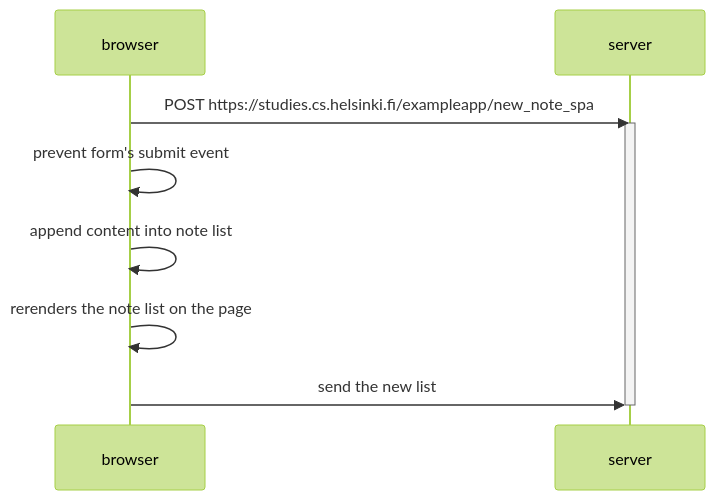
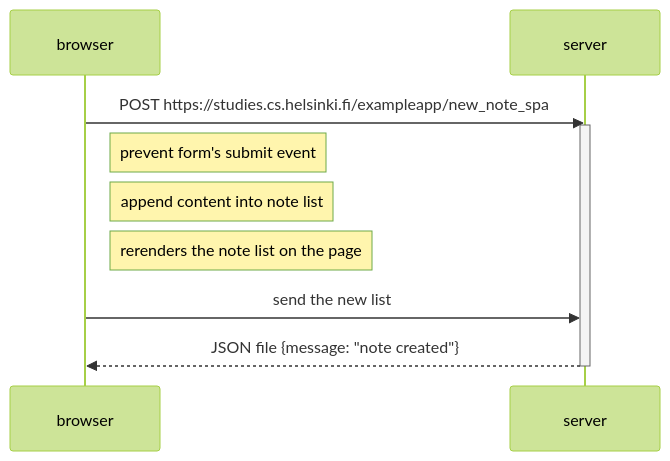
The diagram in 0.6-New-note-in-Single-page-app-diagram.md (hasferrr/fullstackopen-part-0), drawn with Mermaid (forest theme) before and after one commit.

````diff
--- a/0.6-New-note-in-Single-page-app-diagram.md
+++ b/0.6-New-note-in-Single-page-app-diagram.md
@@ -3,13 +3,14 @@
 ```mermaid
 sequenceDiagram
     participant browser
     participant server
 
     browser->>server: POST https://studies.cs.helsinki.fi/exampleapp/new_note_spa
     activate server
-    browser->>browser: prevent form's submit event
-    browser->>browser: append content into note list
-    browser->>browser: rerenders the note list on the page
+    Note right of browser: prevent form's submit event
+    Note right of browser: append content into note list
+    Note right of browser: rerenders the note list on the page
     browser->>server: send the new list
+    server-->>browser: JSON file {message: "note created"}
     deactivate server
 ```
````
